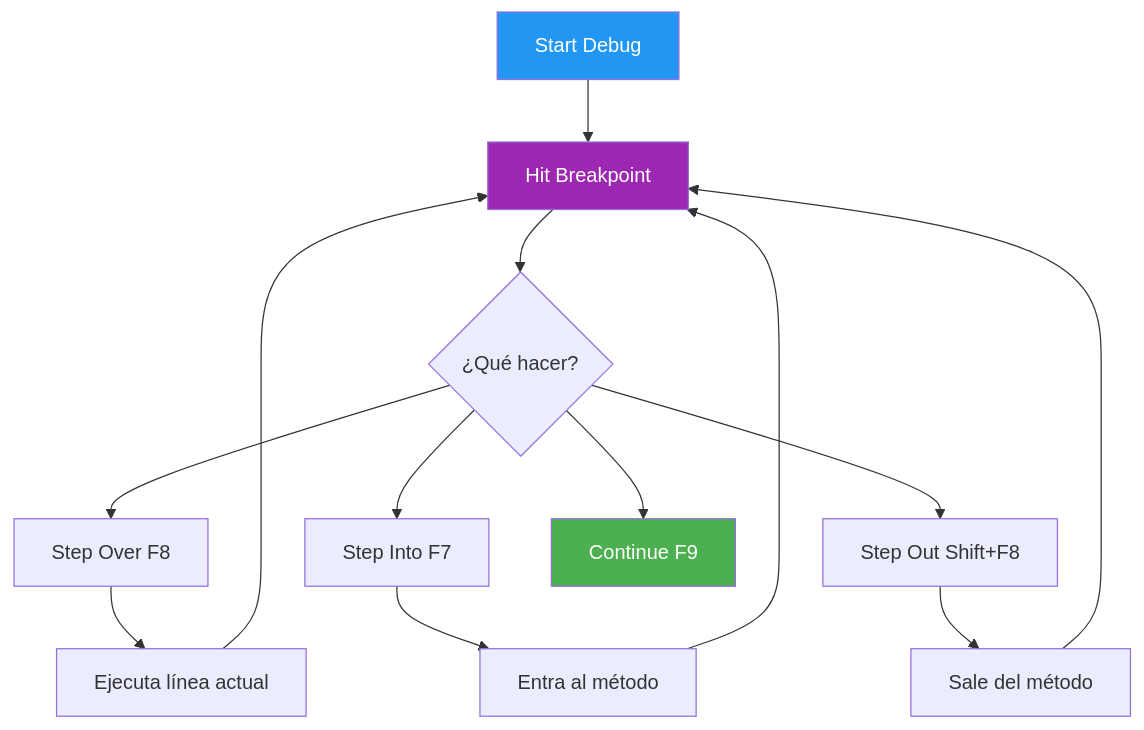
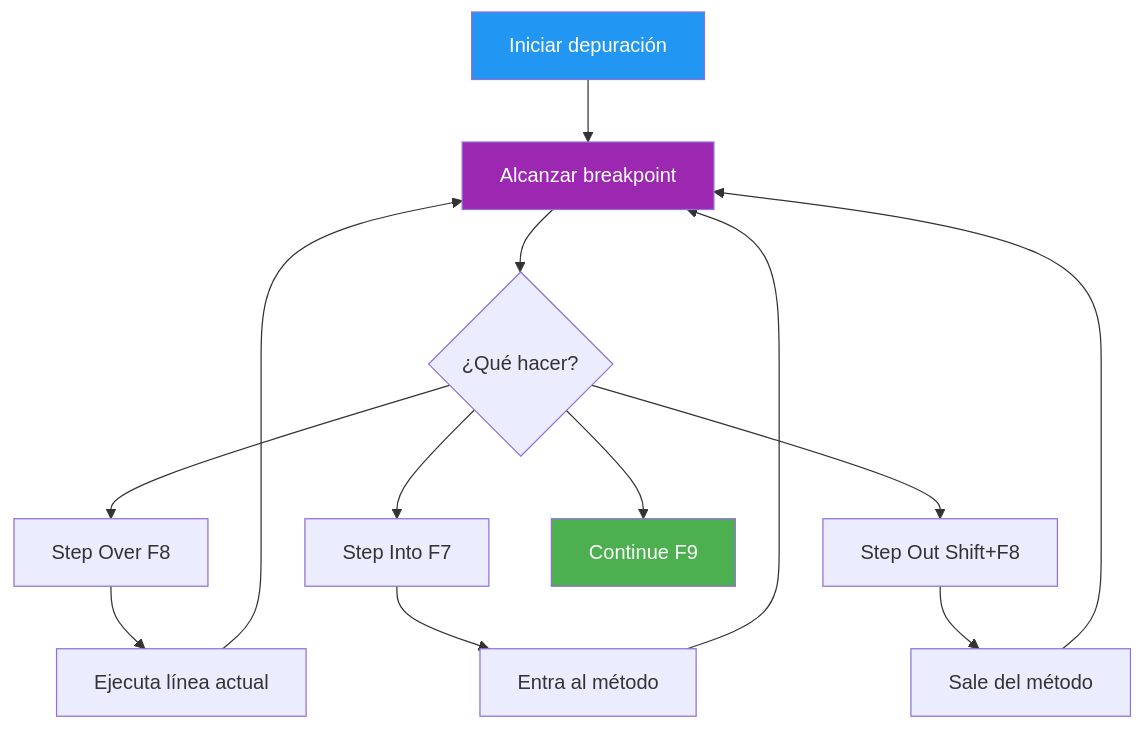
The third of 4 diagrams in 05-operativa-basica.md (joseluisgs/EntornosDesarrollo-02-2026-2027), drawn with Mermaid before and after one commit. The commit also changed other lines of this file and 9 other files, not shown here.

First line of the commit message:
[fix] Auditoría completa UD02: errores, formato, CCEE, Mermaid, ejemplos

````diff
--- a/05-operativa-basica.md
+++ b/05-operativa-basica.md
@@ -258,22 +280,22 @@
 ```mermaid
 graph TD
-    A[Start Debug] --> B[Hit Breakpoint]
+    A[Iniciar depuración] --> B[Alcanzar breakpoint]
     B --> C{¿Qué hacer?}
     C --> D[Step Over F8]
     C --> E[Step Into F7]
     C --> F[Step Out Shift+F8]
     C --> G[Continue F9]
 
     D --> H[Ejecuta línea actual]
     H --> B
     
     E --> I[Entra al método]
     I --> B
     
     F --> J[Sale del método]
     J --> B
 
     style A fill:#2196F3,color:#fff
     style B fill:#9C27B0,color:#fff
     style G fill:#4CAF50,color:#fff
 ```
````
